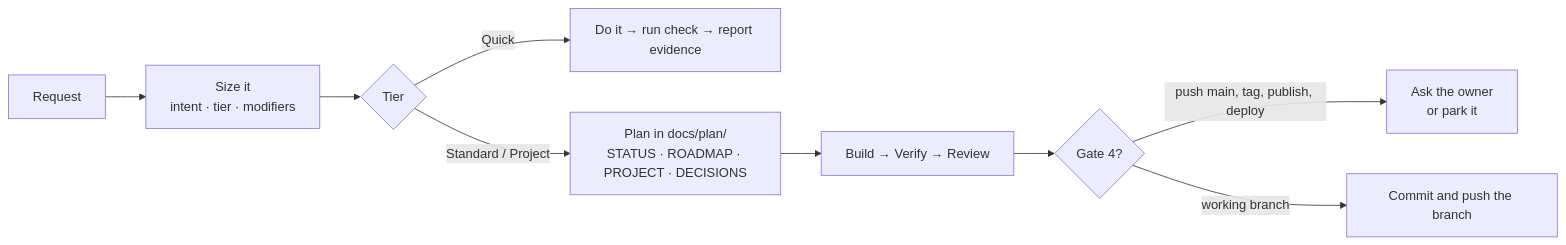
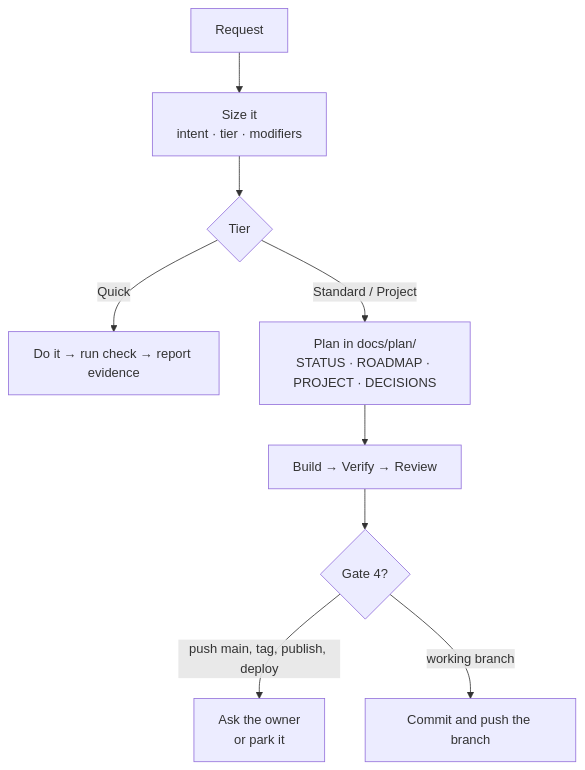
Before and after one commit to joebenberry-afk/northstar: the diagram in README.md, drawn with Mermaid.

Commit message:
README: top-down flowchart so labels stay legible

````diff
--- a/README.md
+++ b/README.md
@@ -67,11 +67,11 @@
 ```mermaid
-flowchart LR
+flowchart TD
     A[Request] --> B["Size it<br/>intent · tier · modifiers"]
     B --> C{Tier}
     C -->|Quick| D[Do it → run check → report evidence]
     C -->|Standard / Project| E["Plan in docs/plan/<br/>STATUS · ROADMAP · PROJECT · DECISIONS"]
     E --> F[Build → Verify → Review]
     F --> G{Gate 4?}
     G -->|push main, tag, publish, deploy| H[Ask the owner<br/>or park it]
     G -->|working branch| I[Commit and push the branch]
 ```
````
